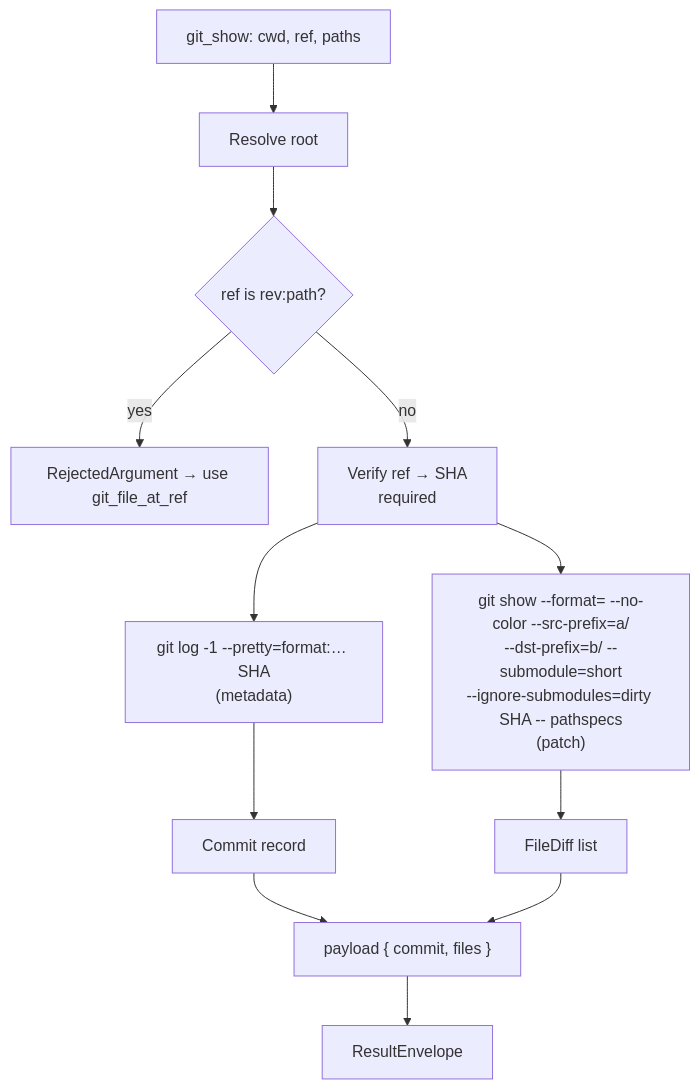
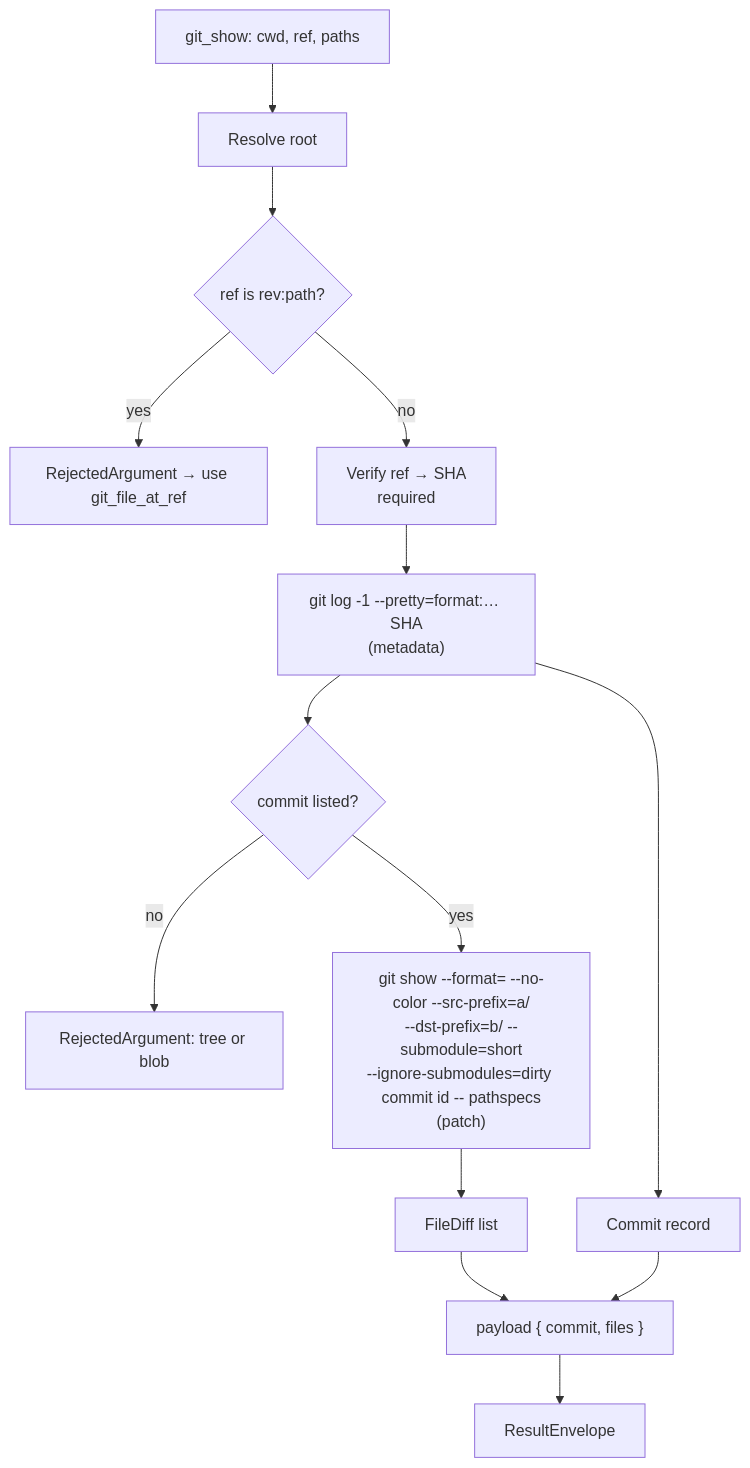
One commit to brenordv/mcp-toolset changed the fifth of 14 diagrams in src/RaccoonNinja.McpToolset.Server.GitOps/README.md. Above: the diagram before and after it, drawn with Mermaid. The commit also changed other lines of this file and 12 other files, not shown here.

First line of the commit message:
**Keep text outside `diff --git` sections out of the git-ops patch reader**

````diff
--- a/src/RaccoonNinja.McpToolset.Server.GitOps/README.md
+++ b/src/RaccoonNinja.McpToolset.Server.GitOps/README.md
@@ -208,14 +216,16 @@
 ```mermaid
 flowchart TD
     A[git_show: cwd, ref, paths] --> B[Resolve root]
     B --> R{ref is rev:path?}
     R -- yes --> X[RejectedArgument → use git_file_at_ref]
     R -- no --> C[Verify ref → SHA<br/>required]
     C --> D["git log -1 --pretty=format:… SHA<br/>(metadata)"]
-    C --> E["git show --format= --no-color --src-prefix=a/<br/>--dst-prefix=b/ --submodule=short<br/>--ignore-submodules=dirty SHA -- pathspecs<br/>(patch)"]
+    D --> N{commit listed?}
+    N -- no --> Y[RejectedArgument: tree or blob]
+    N -- yes --> E["git show --format= --no-color --src-prefix=a/<br/>--dst-prefix=b/ --submodule=short<br/>--ignore-submodules=dirty commit id -- pathspecs<br/>(patch)"]
     D --> F[Commit record]
     E --> G[FileDiff list]
     F --> H["payload { commit, files }"]
     G --> H
     H --> I[ResultEnvelope]
 ```
````
